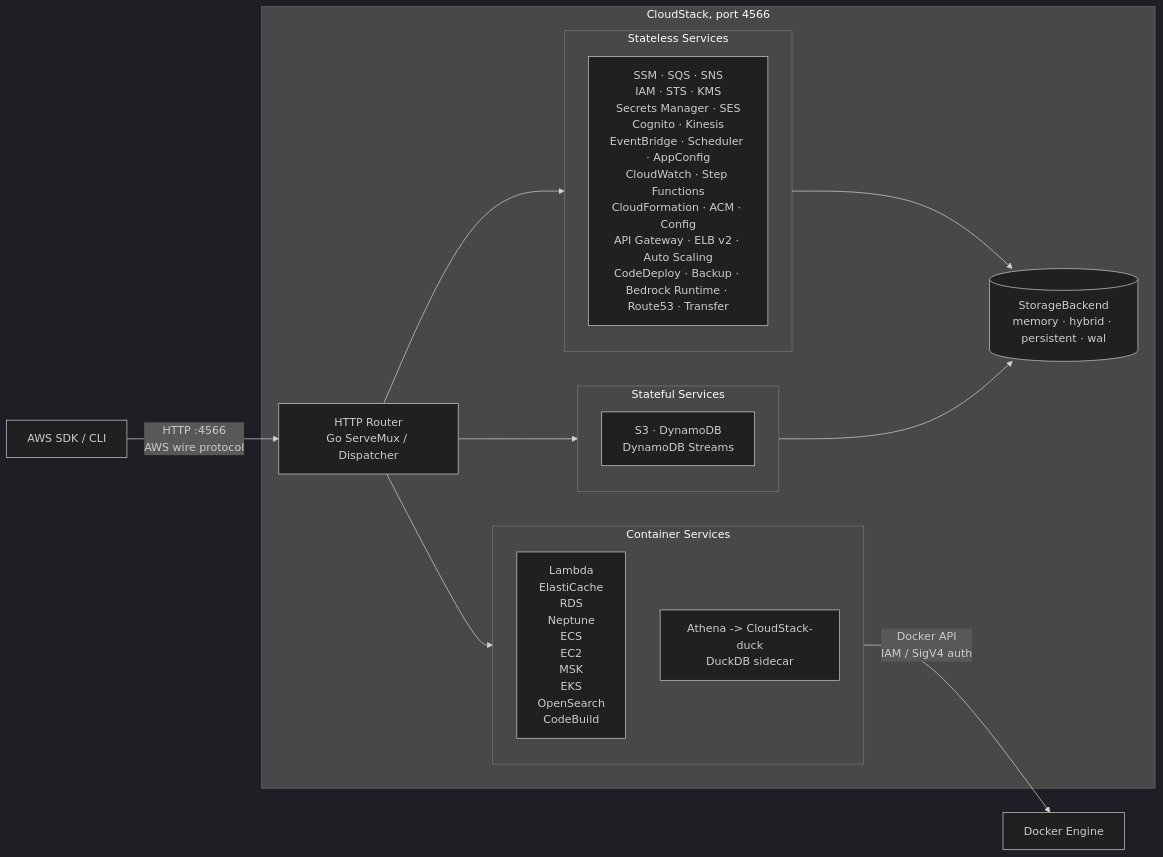
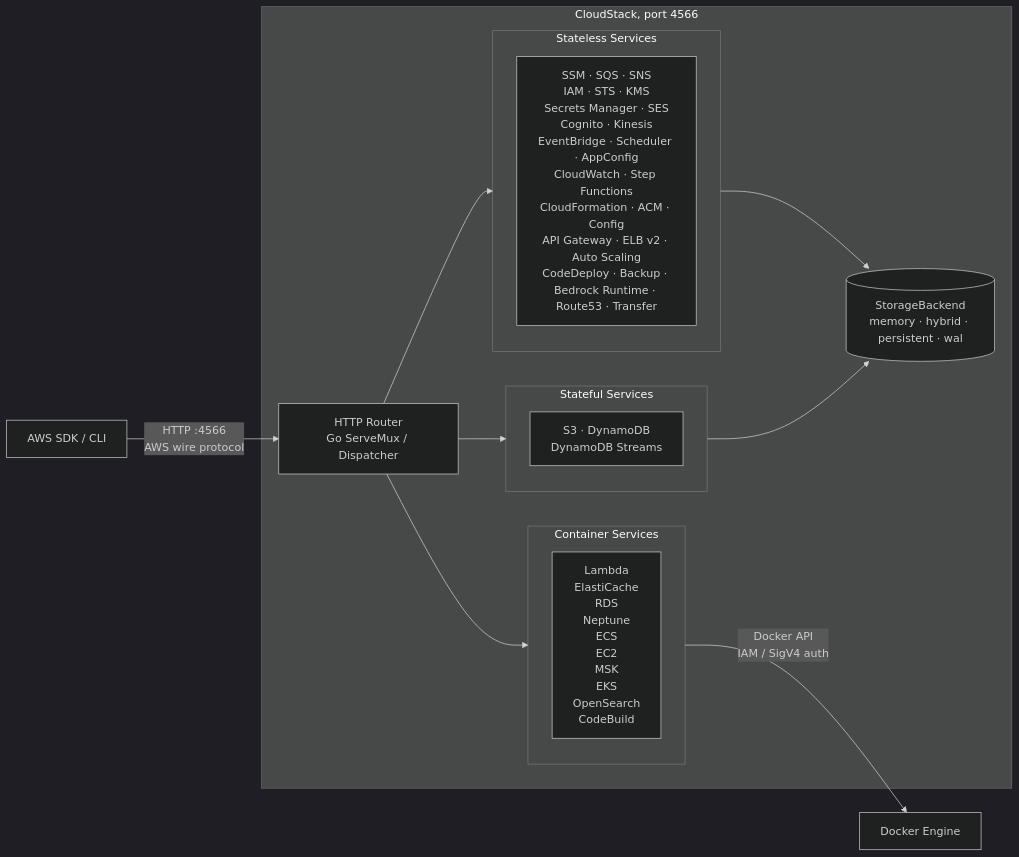
One commit to SwagatGogoi110/CoreStack changed the diagram in README.md. Above: the diagram before and after it, drawn with Mermaid (dark theme). The commit also changed other lines of this file, not shown here.

Commit message:
docs: rewrite README for CoreStack repo without legacy media

````diff
--- a/README.md
+++ b/README.md
@@ -184,31 +88,29 @@
 ```mermaid
 flowchart LR
     Client["AWS SDK / CLI"]
 
     subgraph CloudStack ["CloudStack, port 4566"]
         Router["HTTP Router\nGo ServeMux / Dispatcher"]
 
         subgraph Stateless ["Stateless Services"]
             A["SSM · SQS · SNS\nIAM · STS · KMS\nSecrets Manager · SES\nCognito · Kinesis\nEventBridge · Scheduler · AppConfig\nCloudWatch · Step Functions\nCloudFormation · ACM · Config\nAPI Gateway · ELB v2 · Auto Scaling\nCodeDeploy · Backup · Bedrock Runtime · Route53 · Transfer"]
         end
 
-
         subgraph Stateful ["Stateful Services"]
             B["S3 · DynamoDB\nDynamoDB Streams"]
         end
 
         subgraph Containers ["Container Services"]
             C["Lambda\nElastiCache\nRDS\nNeptune\nECS\nEC2\nMSK\nEKS\nOpenSearch\nCodeBuild"]
-            D["Athena -> CloudStack-duck\nDuckDB sidecar"]
         end
 
         Router --> Stateless
         Router --> Stateful
         Router --> Containers
         Stateless & Stateful --> Store[("StorageBackend\nmemory · hybrid · persistent · wal")]
     end
 
     Docker["Docker Engine"]
     Client -->|"HTTP :4566\nAWS wire protocol"| Router
     Containers -->|"Docker API\nIAM / SigV4 auth"| Docker
 ```
````
